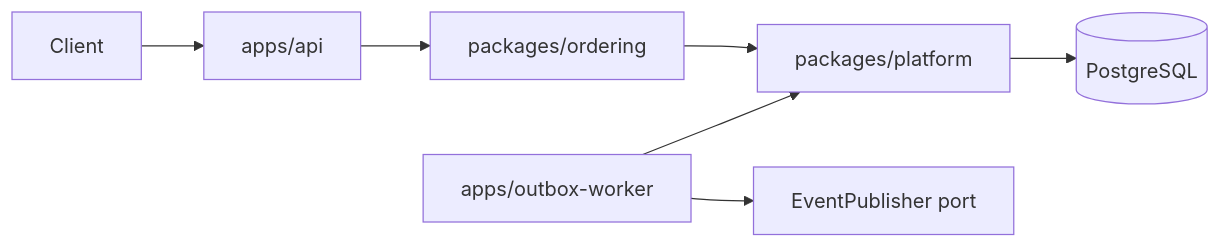
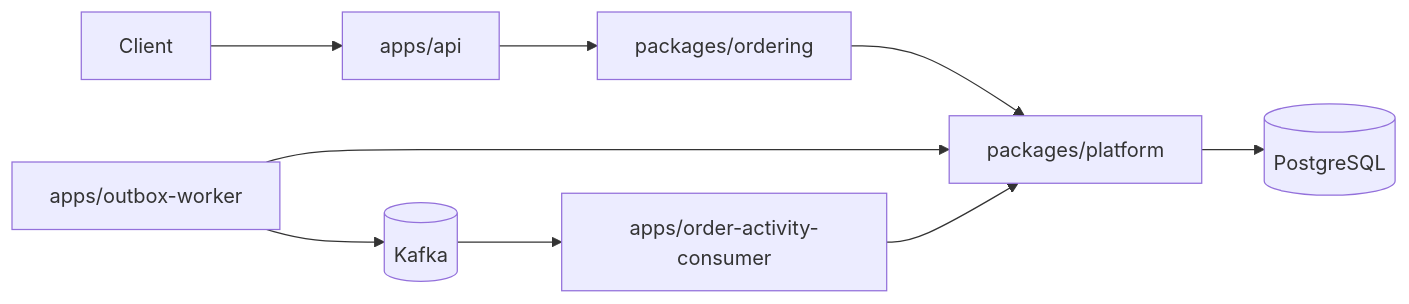
Before and after one commit to hyojii00/afds-nest-starter: the first of 2 diagrams in docs/arch/system.md, drawn with Mermaid. The commit also changed other lines of this file and 42 other files, not shown here.

Commit message:
feat: add Kafka event delivery flow

````diff
--- a/docs/arch/system.md
+++ b/docs/arch/system.md
@@ -5,9 +5,11 @@
 ```mermaid
 flowchart LR
   Client --> API[apps/api]
   API --> Ordering[packages/ordering]
   Ordering --> Platform[packages/platform]
   Worker[apps/outbox-worker] --> Platform
+  Worker --> Kafka[(Kafka)]
+  Kafka --> Consumer[apps/order-activity-consumer]
+  Consumer --> Platform
   Platform --> PostgreSQL[(PostgreSQL)]
-  Worker --> Publisher[EventPublisher port]
 ```
````
